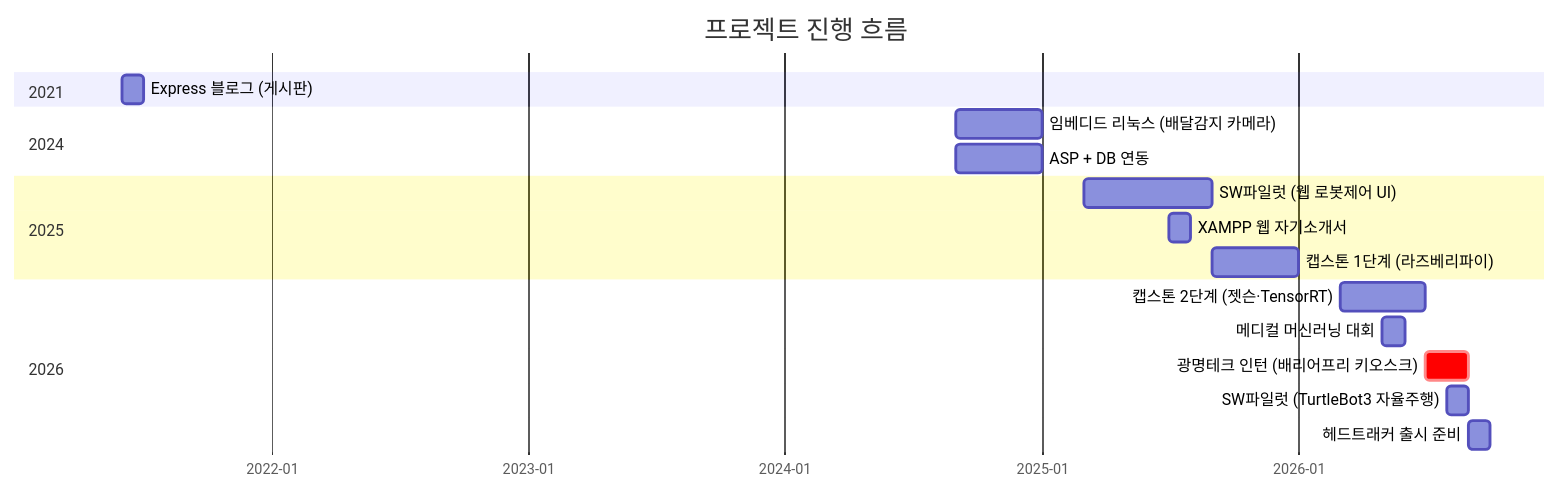
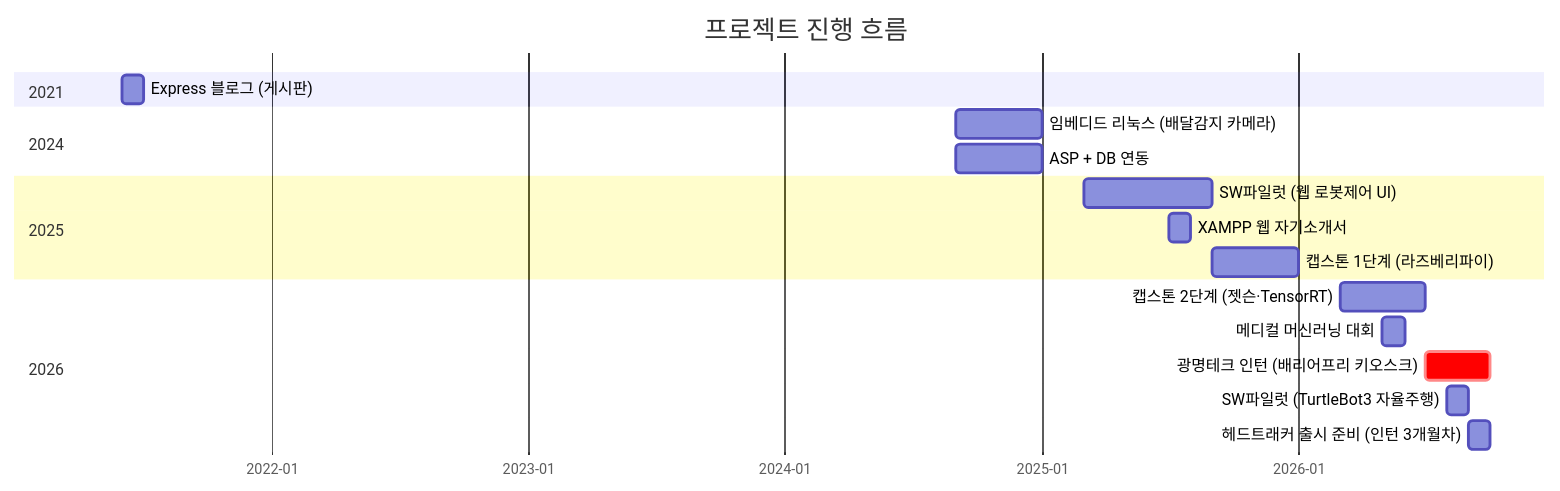
The first of 3 diagrams in README.md (kakabab12/My_portfolio), drawn with Mermaid before and after one commit. The commit also changed other lines of this file and 4 other files, not shown here.

````diff
--- a/README.md
+++ b/README.md
@@ -177,25 +177,25 @@
 ```mermaid
 gantt
     title 프로젝트 진행 흐름
     dateFormat YYYY-MM
     axisFormat %Y-%m
 
     section 2021
     Express 블로그 (게시판)            :2021-06, 1M
 
     section 2024
     임베디드 리눅스 (배달감지 카메라)   :2024-09, 4M
     ASP + DB 연동                      :2024-09, 4M
 
     section 2025
     SW파일럿 (웹 로봇제어 UI)          :2025-03, 6M
     XAMPP 웹 자기소개서                 :2025-07, 1M
     캡스톤 1단계 (라즈베리파이)          :2025-09, 4M
 
     section 2026
     캡스톤 2단계 (젯슨·TensorRT)        :2026-03, 4M
     메디컬 머신러닝 대회                :2026-05, 1M
-    광명테크 인턴 (배리어프리 키오스크) :crit, 2026-07, 2M
+    광명테크 인턴 (배리어프리 키오스크) :crit, 2026-07, 3M
     SW파일럿 (TurtleBot3 자율주행)     :2026-08, 1M
-    헤드트래커 출시 준비                :2026-09, 1M
+    헤드트래커 출시 준비 (인턴 3개월차) :2026-09, 1M
 ```
````
